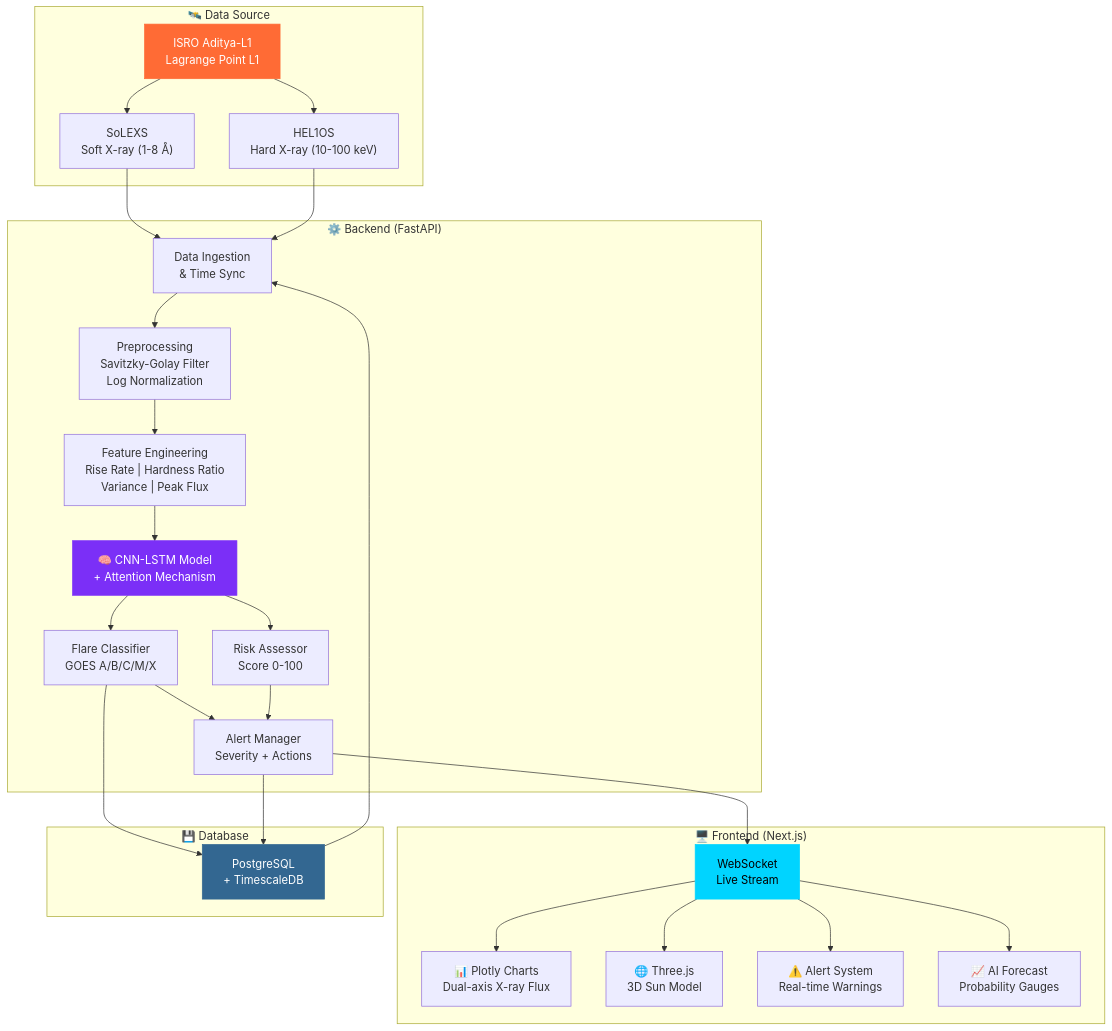
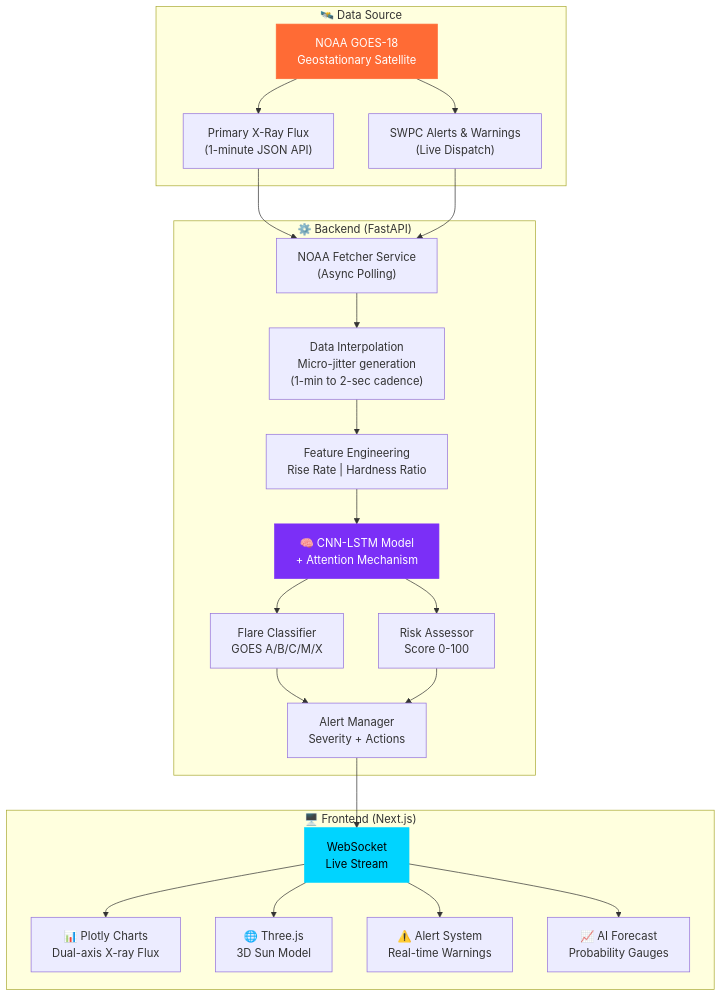
Before and after one commit to SudiptaSanki/SuryaShield-AI: the first of 4 diagrams in README.md, drawn with Mermaid. The commit also changed other lines of this file and 2 other files, not shown here.

Commit message:
docs: update README with detailed real-time pipeline explanations and mermaid diagrams

````diff
--- a/README.md
+++ b/README.md
@@ -50,38 +46,31 @@
 ```mermaid
 graph TB
     subgraph "🛰️ Data Source"
-        A["ISRO Aditya-L1<br/>Lagrange Point L1"] --> B["SoLEXS<br/>Soft X-ray (1-8 Å)"]
-        A --> C["HEL1OS<br/>Hard X-ray (10-100 keV)"]
+        A["NOAA GOES-18<br/>Geostationary Satellite"] --> B["Primary X-Ray Flux<br/>(1-minute JSON API)"]
+        A --> C["SWPC Alerts & Warnings<br/>(Live Dispatch)"]
     end
 
     subgraph "⚙️ Backend (FastAPI)"
-        B --> D["Data Ingestion<br/>& Time Sync"]
+        B --> D["NOAA Fetcher Service<br/>(Async Polling)"]
         C --> D
-        D --> E["Preprocessing<br/>Savitzky-Golay Filter<br/>Log Normalization"]
-        E --> F["Feature Engineering<br/>Rise Rate | Hardness Ratio<br/>Variance | Peak Flux"]
+        D --> E["Data Interpolation<br/>Micro-jitter generation<br/>(1-min to 2-sec cadence)"]
+        E --> F["Feature Engineering<br/>Rise Rate | Hardness Ratio"]
         F --> G["🧠 CNN-LSTM Model<br/>+ Attention Mechanism"]
         G --> H["Flare Classifier<br/>GOES A/B/C/M/X"]
         G --> I["Risk Assessor<br/>Score 0-100"]
         H --> J["Alert Manager<br/>Severity + Actions"]
         I --> J
     end
 
     subgraph "🖥️ Frontend (Next.js)"
         J --> K["WebSocket<br/>Live Stream"]
         K --> L["📊 Plotly Charts<br/>Dual-axis X-ray Flux"]
         K --> M["🌐 Three.js<br/>3D Sun Model"]
         K --> N["⚠️ Alert System<br/>Real-time Warnings"]
         K --> O["📈 AI Forecast<br/>Probability Gauges"]
     end
 
-    subgraph "💾 Database"
-        P["PostgreSQL<br/>+ TimescaleDB"] --> D
-        H --> P
-        J --> P
-    end
-
     style A fill:#ff6b35,color:#fff,stroke:#ff6b35
     style G fill:#7b2ff7,color:#fff,stroke:#7b2ff7
     style K fill:#00d4ff,color:#000,stroke:#00d4ff
-    style P fill:#336791,color:#fff,stroke:#336791
 ```
````
